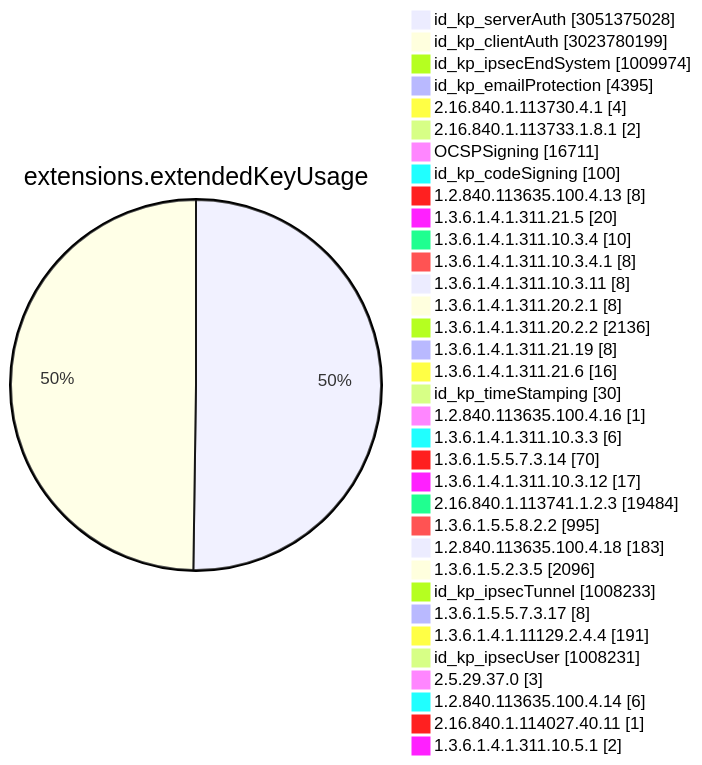
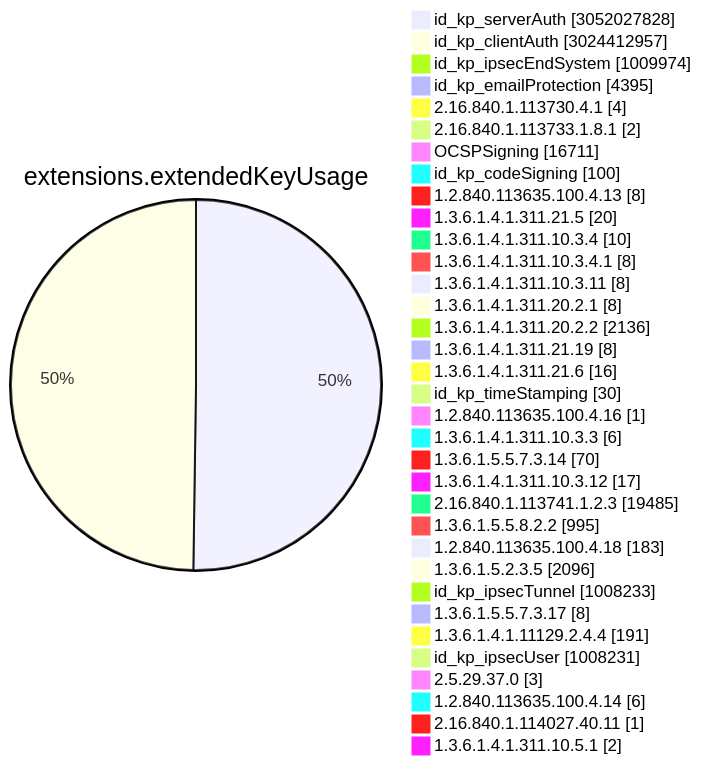
Before and after one commit to christiankrug/ctmonitor_visualization: diagram 11 of 15 in TOTAL/README.md, drawn with Mermaid. The commit also changed other lines of this file, not shown here.

````diff
--- a/TOTAL/README.md
+++ b/TOTAL/README.md
@@ -4118,38 +4118,38 @@
 ```mermaid
 pie showData
 title extensions.extendedKeyUsage
-"id_kp_serverAuth" :3051375028
-"id_kp_clientAuth" :3023780199
+"id_kp_serverAuth" :3052027828
+"id_kp_clientAuth" :3024412957
 "id_kp_ipsecEndSystem" :1009974
 "id_kp_emailProtection" :4395
 "2.16.840.1.113730.4.1" :4
 "2.16.840.1.113733.1.8.1" :2
 "OCSPSigning" :16711
 "id_kp_codeSigning" :100
 "1.2.840.113635.100.4.13" :8
 "1.3.6.1.4.1.311.21.5" :20
 "1.3.6.1.4.1.311.10.3.4" :10
 "1.3.6.1.4.1.311.10.3.4.1" :8
 "1.3.6.1.4.1.311.10.3.11" :8
 "1.3.6.1.4.1.311.20.2.1" :8
 "1.3.6.1.4.1.311.20.2.2" :2136
 "1.3.6.1.4.1.311.21.19" :8
 "1.3.6.1.4.1.311.21.6" :16
 "id_kp_timeStamping" :30
 "1.2.840.113635.100.4.16" :1
 "1.3.6.1.4.1.311.10.3.3" :6
 "1.3.6.1.5.5.7.3.14" :70
 "1.3.6.1.4.1.311.10.3.12" :17
-"2.16.840.1.113741.1.2.3" :19484
+"2.16.840.1.113741.1.2.3" :19485
 "1.3.6.1.5.5.8.2.2" :995
 "1.2.840.113635.100.4.18" :183
 "1.3.6.1.5.2.3.5" :2096
 "id_kp_ipsecTunnel" :1008233
 "1.3.6.1.5.5.7.3.17" :8
 "1.3.6.1.4.1.11129.2.4.4" :191
 "id_kp_ipsecUser" :1008231
 "2.5.29.37.0" :3
 "1.2.840.113635.100.4.14" :6
 "2.16.840.1.114027.40.11" :1
 "1.3.6.1.4.1.311.10.5.1" :2
 ```
````
